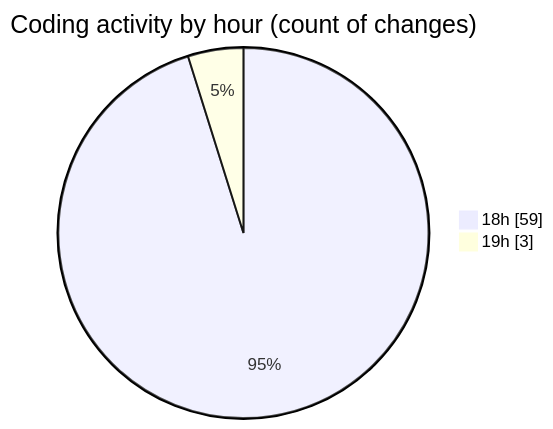
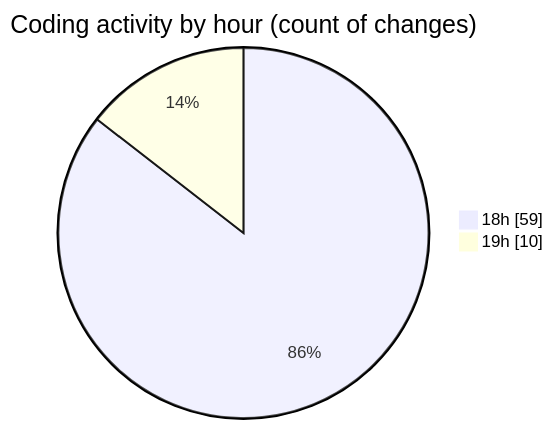
One commit to Netris89/code-tracking changed the second of 2 diagrams in 2025-04-02/back-end/README.md. Above: the diagram before and after it, drawn with Mermaid. The commit also changed other lines of this file and 1 other file, not shown here.

````diff
--- a/2025-04-02/back-end/README.md
+++ b/2025-04-02/back-end/README.md
@@ -28,6 +29,6 @@
 ```mermaid
 pie showData
 title Coding activity by hour (count of changes)
 "18h" : 59
-"19h" : 3
+"19h" : 10
 ```
````
